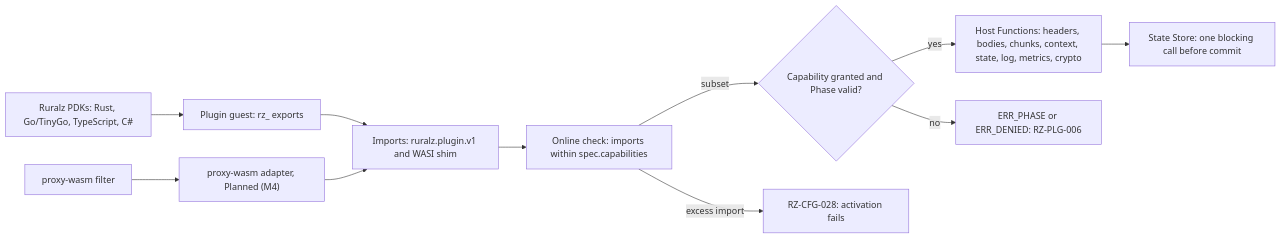
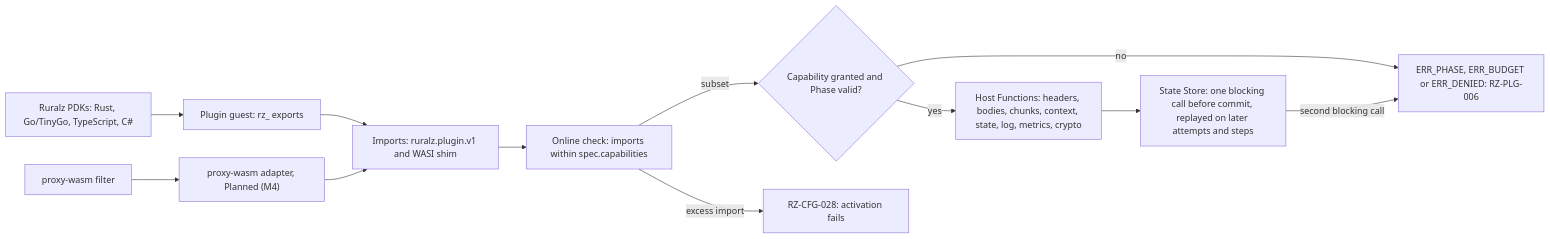
The first of 2 diagrams in docs/adr/0005-plugin-abi-v1.md (ravindu-rev/ruralz), drawn with Mermaid before and after one commit. The commit also changed other lines of this file and 24 other files, not shown here.

````diff
--- a/docs/adr/0005-plugin-abi-v1.md
+++ b/docs/adr/0005-plugin-abi-v1.md
@@ -65,22 +62,23 @@
 ```mermaid
 flowchart LR
   pdk["Ruralz PDKs: Rust, Go/TinyGo, TypeScript, C#"]
   guest["Plugin guest: rz_ exports"]
   pw["proxy-wasm filter"]
   adapter["proxy-wasm adapter, Planned (M4)"]
   imp["Imports: ruralz.plugin.v1 and WASI shim"]
   online["Online check: imports within spec.capabilities"]
   gate{"Capability granted and Phase valid?"}
   hf["Host Functions: headers, bodies, chunks, context, state, log, metrics, crypto"]
-  ss["State Store: one blocking call before commit"]
+  ss["State Store: one blocking call before commit, replayed on later attempts and steps"]
   rej["RZ-CFG-028: activation fails"]
-  sticky["ERR_PHASE or ERR_DENIED: RZ-PLG-006"]
+  sticky["ERR_PHASE, ERR_BUDGET or ERR_DENIED: RZ-PLG-006"]
   pdk --> guest --> imp
   pw --> adapter --> imp
   imp --> online
   online -->|"excess import"| rej
   online -->|"subset"| gate
   gate -->|"yes"| hf
   gate -->|"no"| sticky
   hf --> ss
+  ss -->|"second blocking call"| sticky
 ```
````
